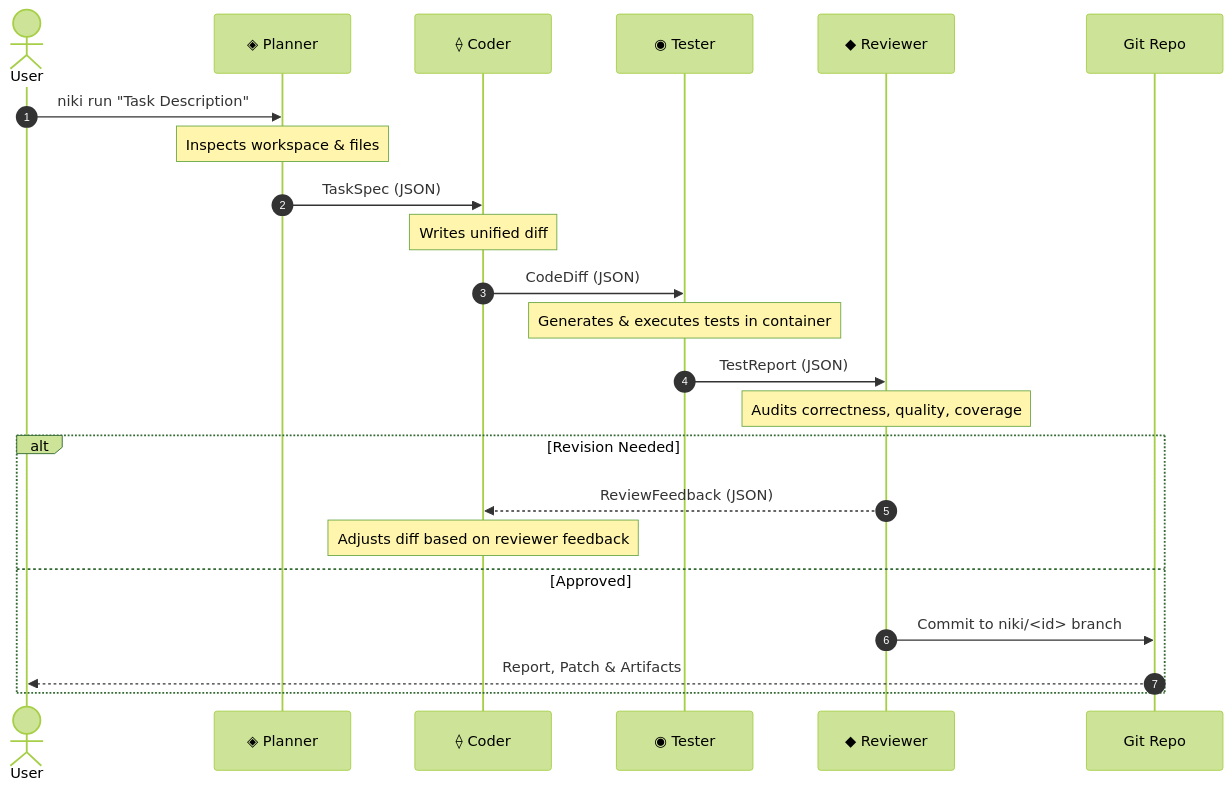
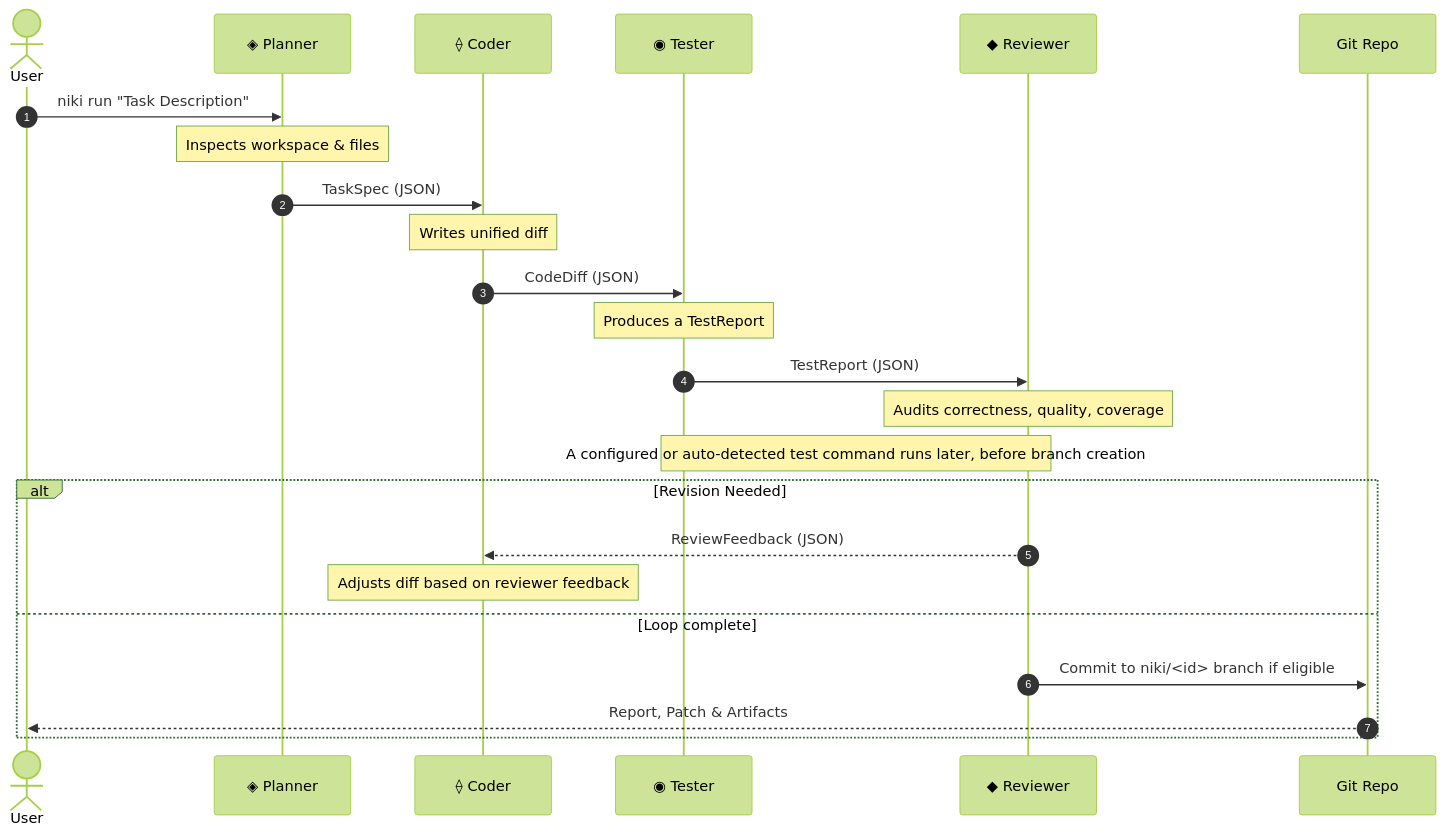
One commit to RavaniRoshan/niki-web changed the diagram in apps/docs/content/02-agent-pipeline/01-pipeline-overview.mdx. Above: the diagram before and after it, drawn with Mermaid (forest theme). The commit also changed other lines of this file and 184 other files, not shown here.

````diff
--- a/apps/docs/content/02-agent-pipeline/01-pipeline-overview.mdx
+++ b/apps/docs/content/02-agent-pipeline/01-pipeline-overview.mdx
@@ -13,26 +13,27 @@
 ```mermaid
 sequenceDiagram
     autonumber
     actor User
     participant P as ◈ Planner
     participant C as ⟠ Coder
     participant T as ◉ Tester
     participant R as ◆ Reviewer
     participant Git as Git Repo
 
     User->>P: niki run "Task Description"
     Note over P: Inspects workspace & files
     P->>C: TaskSpec (JSON)
     Note over C: Writes unified diff
     C->>T: CodeDiff (JSON)
-    Note over T: Generates & executes tests in container
+    Note over T: Produces a TestReport
     T->>R: TestReport (JSON)
     Note over R: Audits correctness, quality, coverage
+    Note over T,R: A configured or auto-detected test command runs later, before branch creation
     alt Revision Needed
         R-->>C: ReviewFeedback (JSON)
         Note over C: Adjusts diff based on reviewer feedback
-    else Approved
-        R->>Git: Commit to niki/<id> branch
+    else Loop complete
+        R->>Git: Commit to niki/<id> branch if eligible
         Git-->>User: Report, Patch & Artifacts
     end
 ```
````
